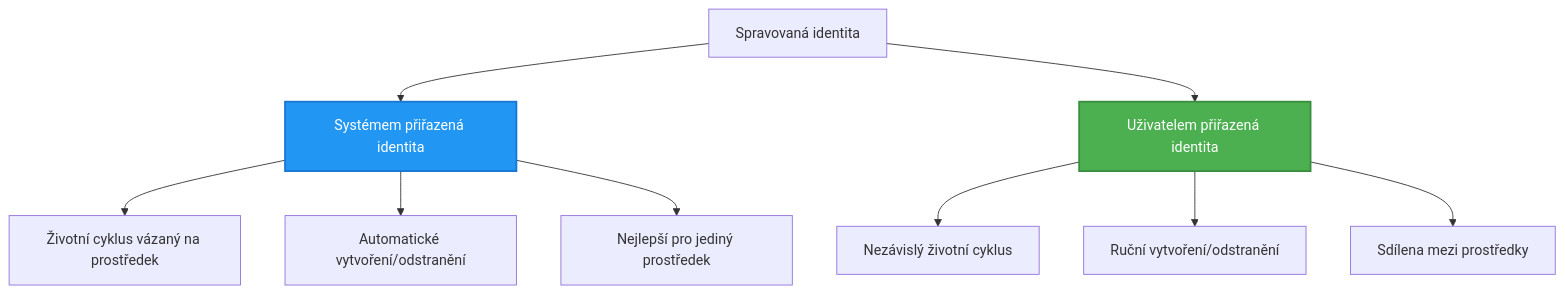
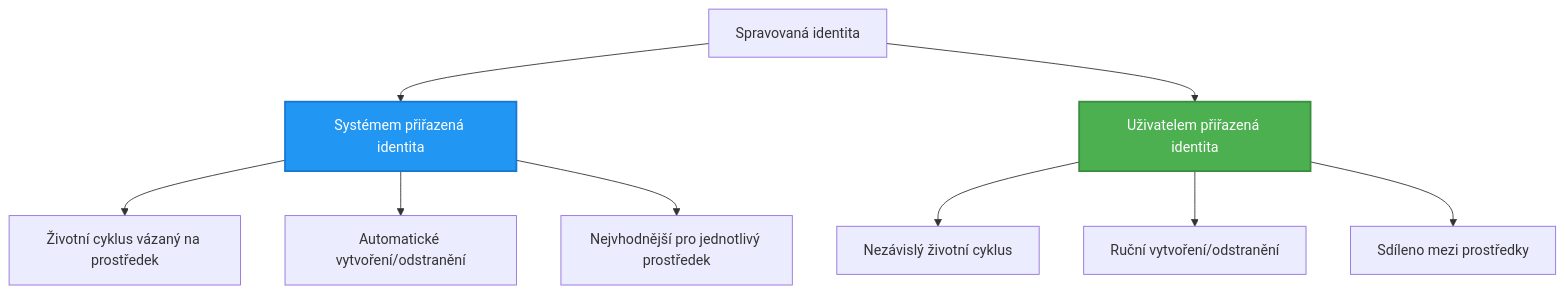
Before and after one commit to microsoft/AZD-for-beginners: the second of 2 diagrams in translations/cs/docs/chapter-03-configuration/authsecurity.md, drawn with Mermaid. The commit also changed other lines of this file and 101 other files, not shown here.

````diff
--- a/translations/cs/docs/chapter-03-configuration/authsecurity.md
+++ b/translations/cs/docs/chapter-03-configuration/authsecurity.md
@@ -97,20 +97,20 @@
 ```mermaid
 graph TB
     MI[Spravovaná identita]
     SystemAssigned[Systémem přiřazená identita]
     UserAssigned[Uživatelem přiřazená identita]
     
     MI --> SystemAssigned
     MI --> UserAssigned
     
     SystemAssigned --> SA1[Životní cyklus vázaný na prostředek]
     SystemAssigned --> SA2[Automatické vytvoření/odstranění]
-    SystemAssigned --> SA3[Nejlepší pro jediný prostředek]
+    SystemAssigned --> SA3[Nejvhodnější pro jednotlivý prostředek]
     
     UserAssigned --> UA1[Nezávislý životní cyklus]
     UserAssigned --> UA2[Ruční vytvoření/odstranění]
-    UserAssigned --> UA3[Sdílena mezi prostředky]
+    UserAssigned --> UA3[Sdíleno mezi prostředky]
     
     style SystemAssigned fill:#2196F3,stroke:#1976D2,stroke-width:2px,color:#fff
     style UserAssigned fill:#4CAF50,stroke:#388E3C,stroke-width:2px,color:#fff
 ```
````
